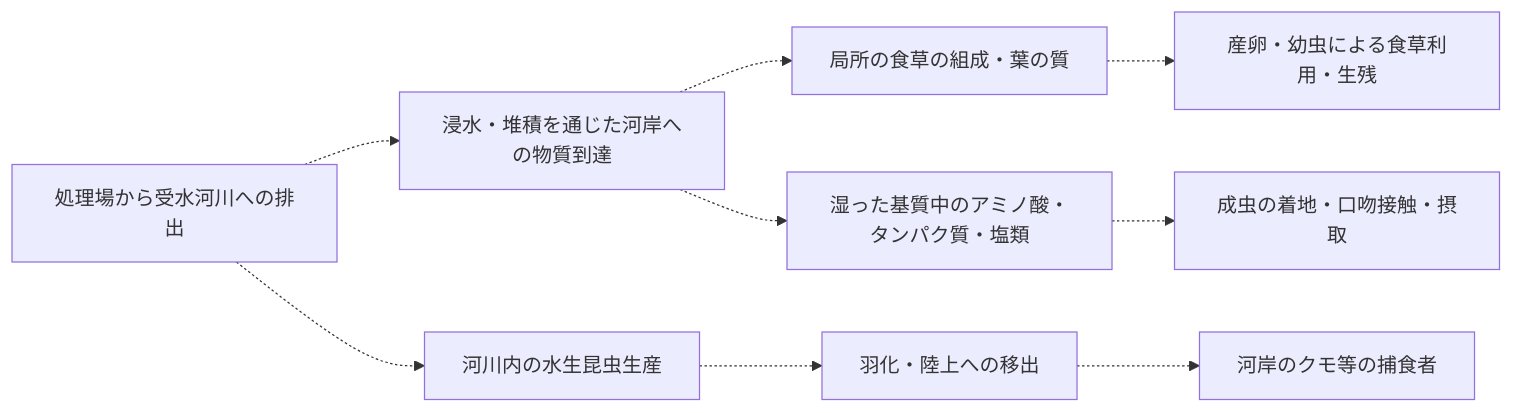
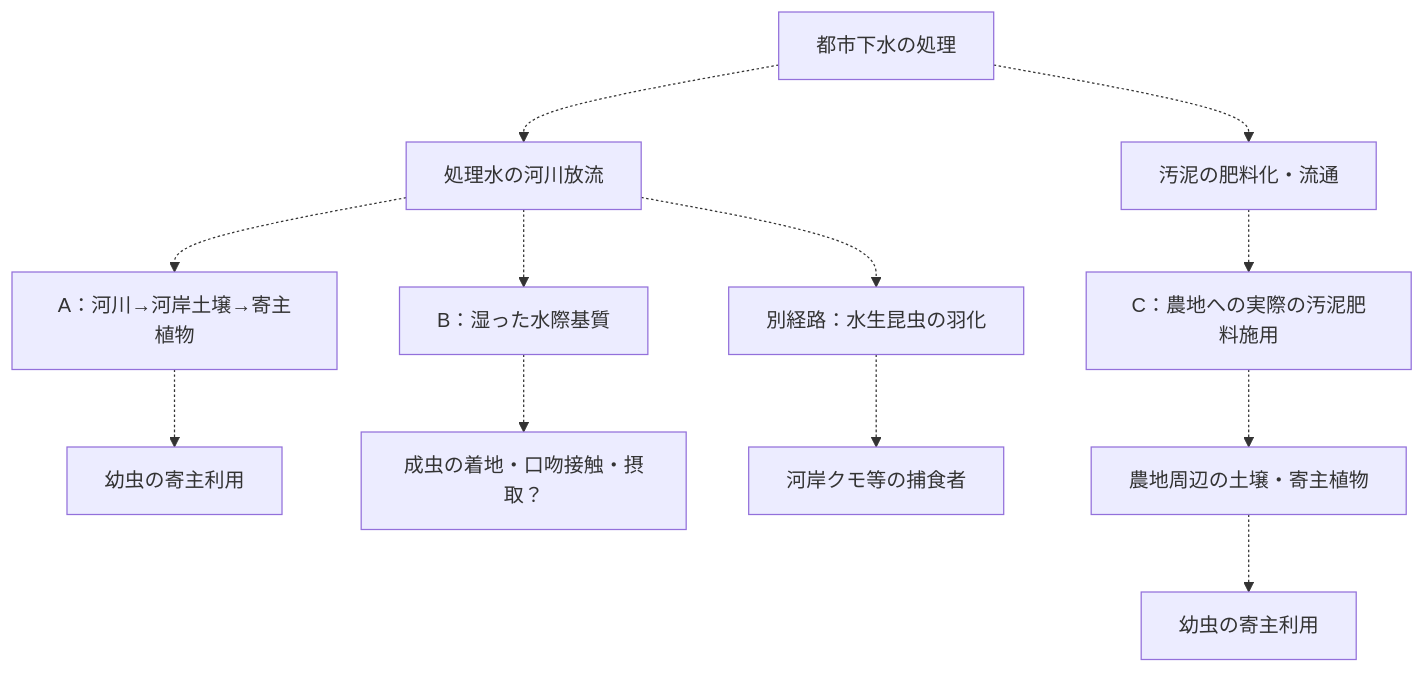
One commit to zuizui0223/gesui changed the third of 3 diagrams in docs/manuscript_riparian_interactions/README.md. Above: the diagram before and after it, drawn with Mermaid. The commit also changed other lines of this file, not shown here.

Commit message:
Add hypothesized sludge-to-farmland route C to Figure 1C and discussion without treating DAYCENT organic N as biosolids

````diff
--- a/docs/manuscript_riparian_interactions/README.md
+++ b/docs/manuscript_riparian_interactions/README.md
@@ -72,11 +72,14 @@
 ```mermaid
-flowchart LR
-  S["処理場から受水河川への排出"] -.-> D["浸水・堆積を通じた河岸への物質到達"]
-  D -.-> L["局所の食草の組成・葉の質"]
-  L -.-> J["産卵・幼虫による食草利用・生残"]
-  D -.-> O["湿った基質中のアミノ酸・タンパク質・塩類"]
-  O -.-> F["成虫の着地・口吻接触・摂取"]
-  S -.-> I["河川内の水生昆虫生産"]
-  I -.-> M["羽化・陸上への移出"]
-  M -.-> R["河岸のクモ等の捕食者"]
+flowchart TB
+  S["都市下水の処理"] -.-> W["処理水の河川放流"]
+  S -.-> SL["汚泥の肥料化・流通"]
+  W -.-> A["A：河川→河岸土壌→寄主植物"]
+  A -.-> LA["幼虫の寄主利用"]
+  W -.-> B["B：湿った水際基質"]
+  B -.-> AD["成虫の着地・口吻接触・摂取？"]
+  SL -.-> C["C：農地への実際の汚泥肥料施用"]
+  C -.-> PC["農地周辺の土壌・寄主植物"]
+  PC -.-> LC["幼虫の寄主利用"]
+  W -.-> EM["別経路：水生昆虫の羽化"]
+  EM -.-> SP["河岸クモ等の捕食者"]
 ```
````
